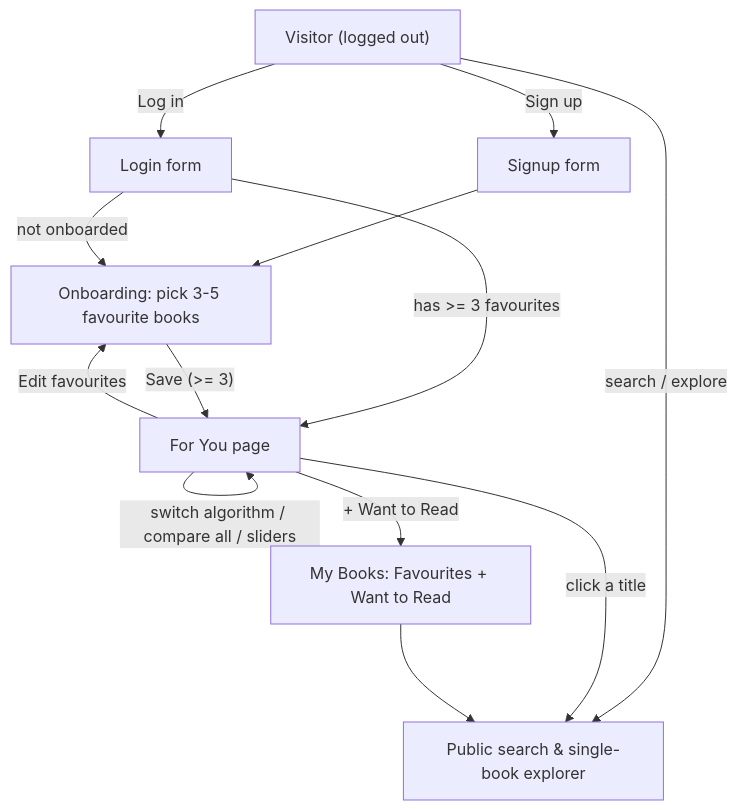
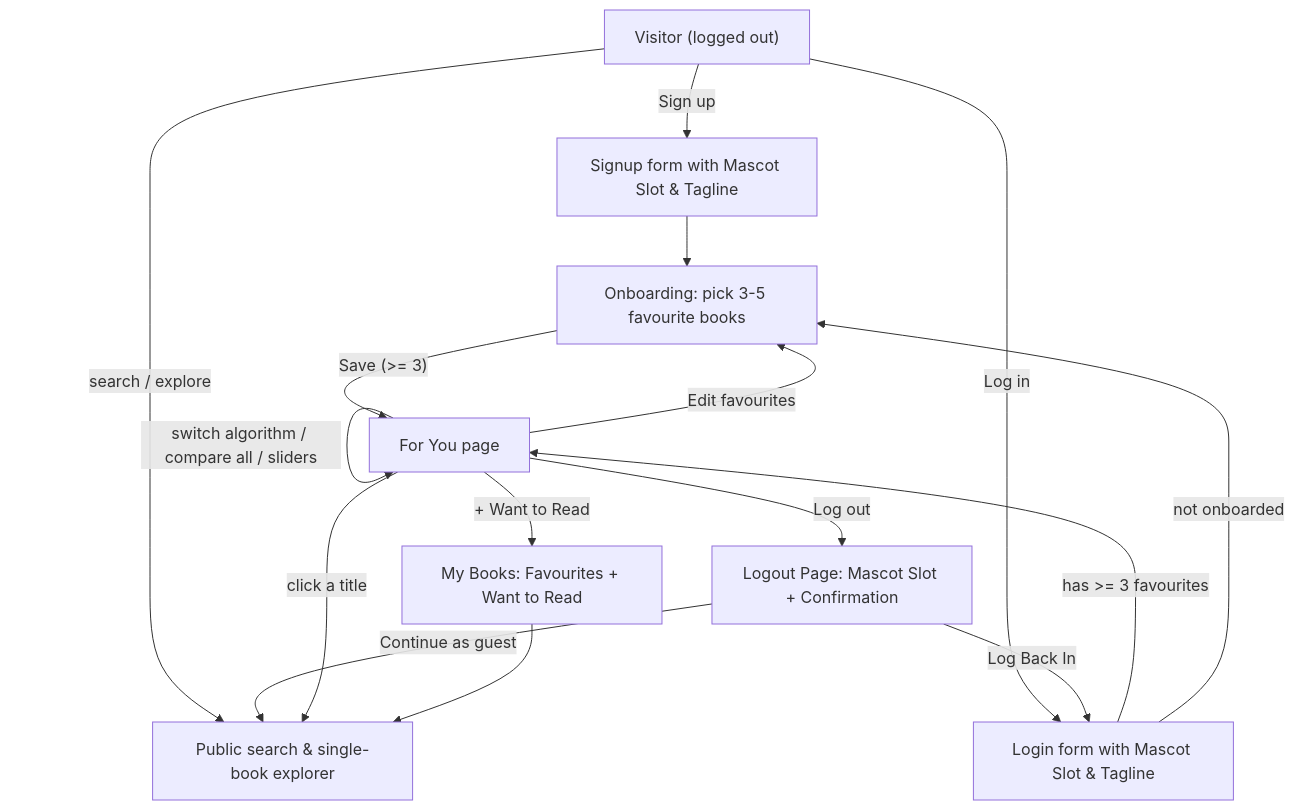
One commit to vishwascr/Bookable changed the diagram in readme/11-accounts-and-personalisation.md. Above: the diagram before and after it, drawn with Mermaid. The commit also changed other lines of this file and 7 other files, not shown here.

````diff
--- a/readme/11-accounts-and-personalisation.md
+++ b/readme/11-accounts-and-personalisation.md
@@ -15,15 +18,18 @@
 ```mermaid
 flowchart TD
-  V["Visitor (logged out)"] -->|"Sign up"| SU["Signup form"]
-  V -->|"Log in"| LI["Login form"]
+  V["Visitor (logged out)"] -->|"Sign up"| SU["Signup form with Mascot Slot & Tagline"]
+  V -->|"Log in"| LI["Login form with Mascot Slot & Tagline"]
   V -->|"search / explore"| EX["Public search & single-book explorer"]
   SU --> OB["Onboarding: pick 3-5 favourite books"]
   LI -->|"has >= 3 favourites"| FY["For You page"]
   LI -->|"not onboarded"| OB
   OB -->|"Save (>= 3)"| FY
   FY -->|"switch algorithm / compare all / sliders"| FY
   FY -->|"+ Want to Read"| SH["My Books: Favourites + Want to Read"]
+  FY -->|"Log out"| LO["Logout Page: Mascot Slot + Confirmation"]
+  LO -->|"Log Back In"| LI
+  LO -->|"Continue as guest"| EX
   FY -->|"Edit favourites"| OB
   FY -->|"click a title"| EX
   SH --> EX
 ```
````
